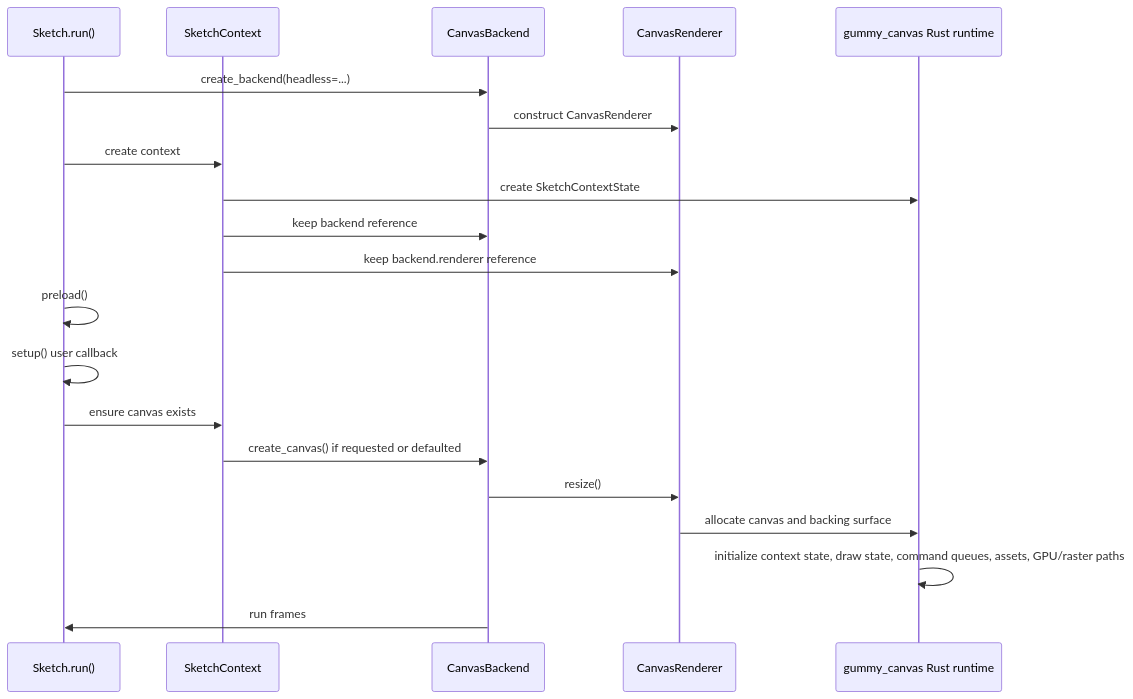
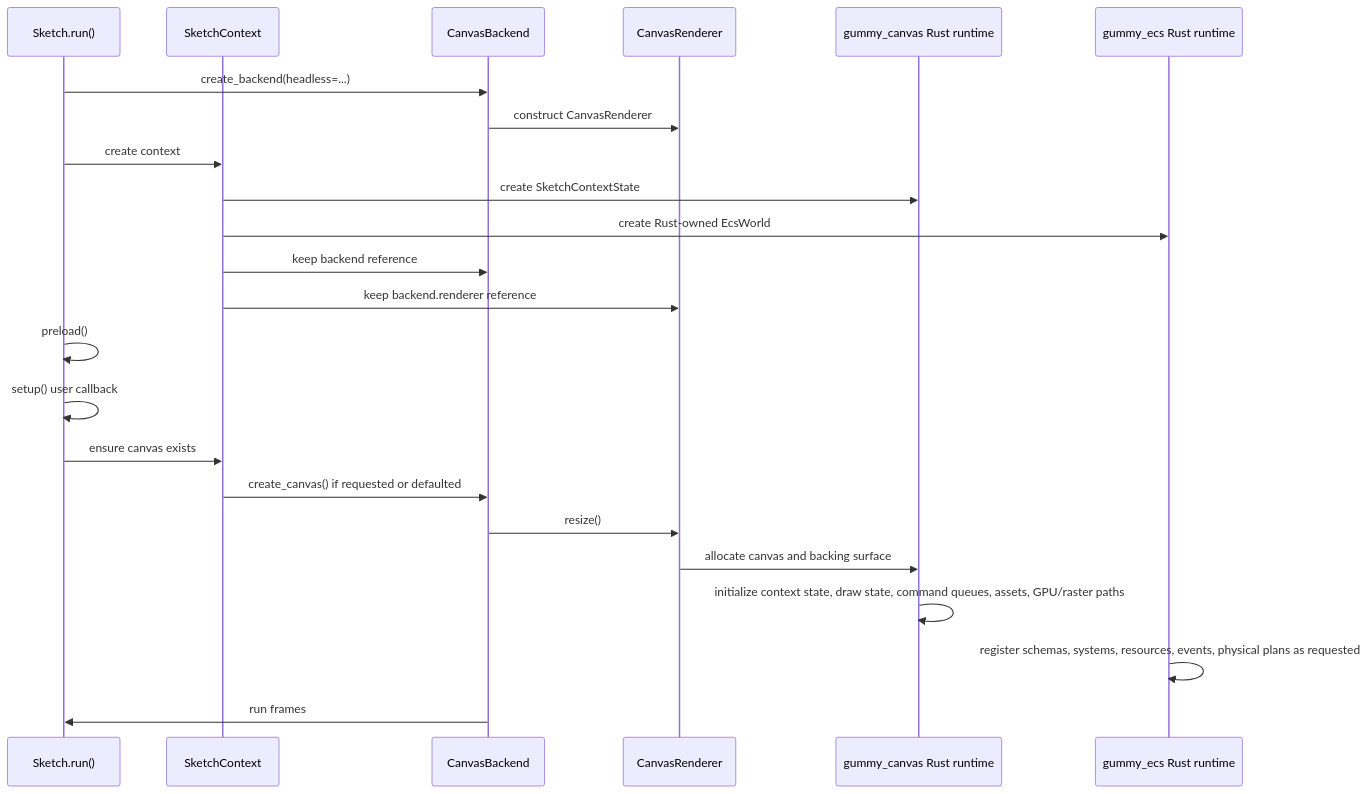
Before and after one commit to JonathanHHenson/gummy_snake: the first of 4 diagrams in docs/contribute/runtime.md, drawn with Mermaid. The commit also changed other lines of this file and 15 other files, not shown here.

Commit message:
Document ECS runtime architecture and usage

````diff
--- a/docs/contribute/runtime.md
+++ b/docs/contribute/runtime.md
@@ -14,23 +16,26 @@
 ```mermaid
 sequenceDiagram
     participant S as Sketch.run()
     participant C as SketchContext
     participant B as CanvasBackend
     participant R as CanvasRenderer
     participant X as gummy_canvas Rust runtime
+    participant E as gummy_ecs Rust runtime
 
     S->>B: create_backend(headless=...)
     B->>R: construct CanvasRenderer
     S->>C: create context
     C->>X: create SketchContextState
+    C->>E: create Rust-owned EcsWorld
     C->>B: keep backend reference
     C->>R: keep backend.renderer reference
     S->>S: preload()
     S->>S: setup() user callback
     S->>C: ensure canvas exists
     C->>B: create_canvas() if requested or defaulted
     B->>R: resize()
     R->>X: allocate canvas and backing surface
     X->>X: initialize context state, draw state, command queues, assets, GPU/raster paths
+    E->>E: register schemas, systems, resources, events, physical plans as requested
     B->>S: run frames
 ```
````
